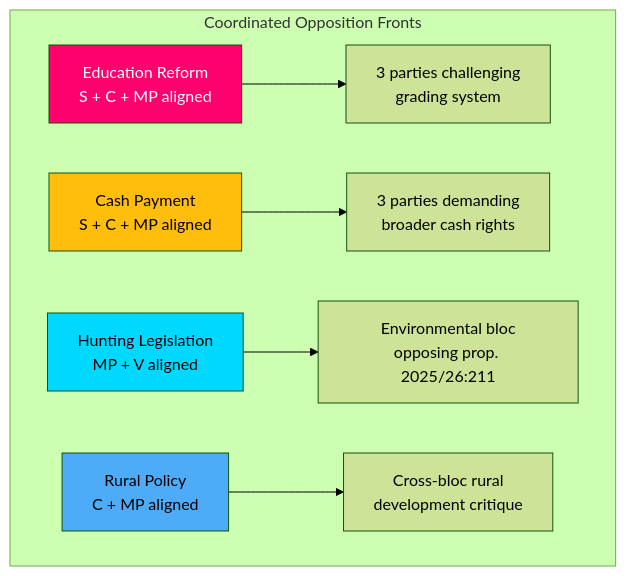
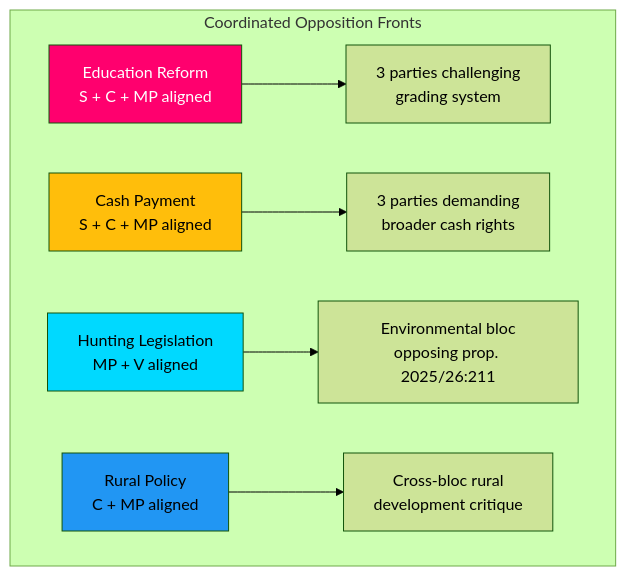
The second of 2 diagrams in analysis/daily/2026-04-08/motions/synthesis-summary.md (Hack23/riksdagsmonitor), drawn with Mermaid (forest theme) before and after one commit. The commit also changed 785 other files, not shown here.

First line of the commit message:
Normalize mermaid colors across 786 analysis artifacts to ISMS Style Guide palette

````diff
--- a/analysis/daily/2026-04-08/motions/synthesis-summary.md
+++ b/analysis/daily/2026-04-08/motions/synthesis-summary.md
@@ -58,14 +58,14 @@
 ```mermaid
 graph TD
     subgraph "Coordinated Opposition Fronts"
         A["Education Reform<br/>S + C + MP aligned"] --> E["3 parties challenging<br/>grading system"]
         B["Cash Payment<br/>S + C + MP aligned"] --> F["3 parties demanding<br/>broader cash rights"]
         C["Hunting Legislation<br/>MP + V aligned"] --> G["Environmental bloc<br/>opposing prop. 2025/26:211"]
         D["Rural Policy<br/>C + MP aligned"] --> H["Cross-bloc rural<br/>development critique"]
     end
     
-    style A fill:#ff006e,color:#fff
-    style B fill:#ffbe0b,color:#000
-    style C fill:#00d9ff,color:#000
-    style D fill:#4dabf7,color:#000
+    style A fill:#ff006e,color:#FFFFFF
+    style B fill:#ffbe0b,color:#000000
+    style C fill:#00d9ff,color:#000000
+    style D fill:#2196F3,color:#000000
 ```
````
